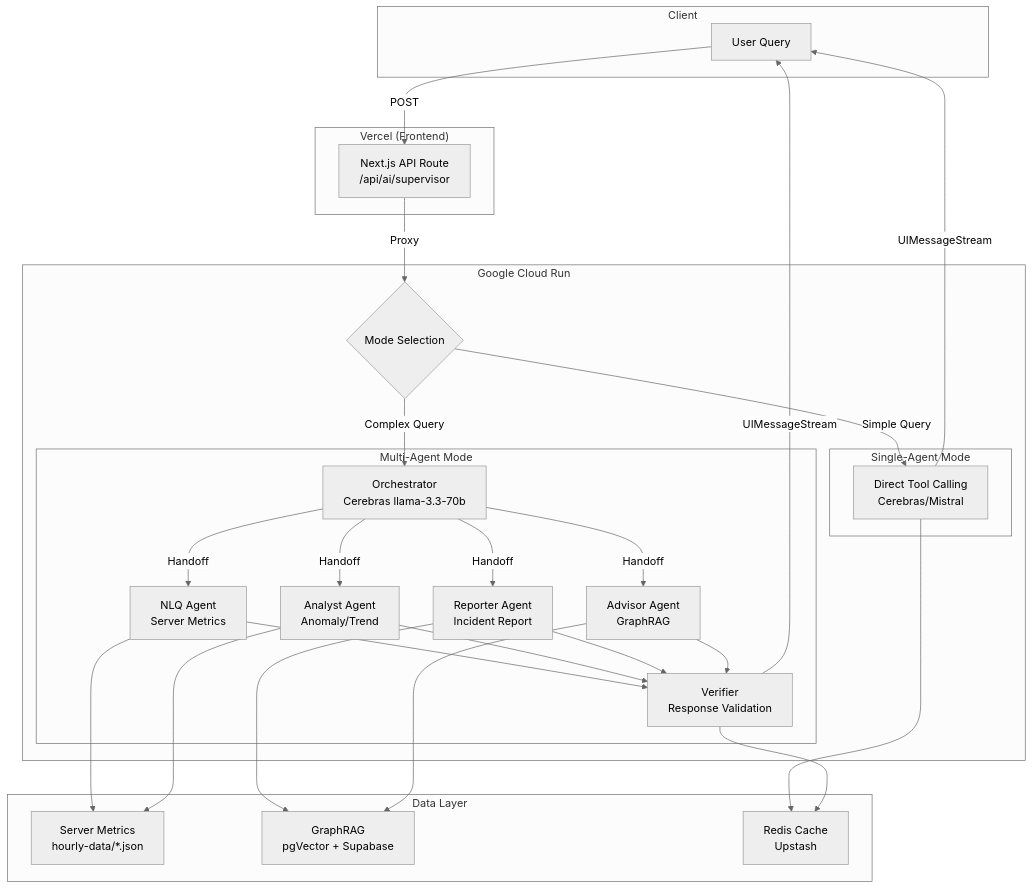
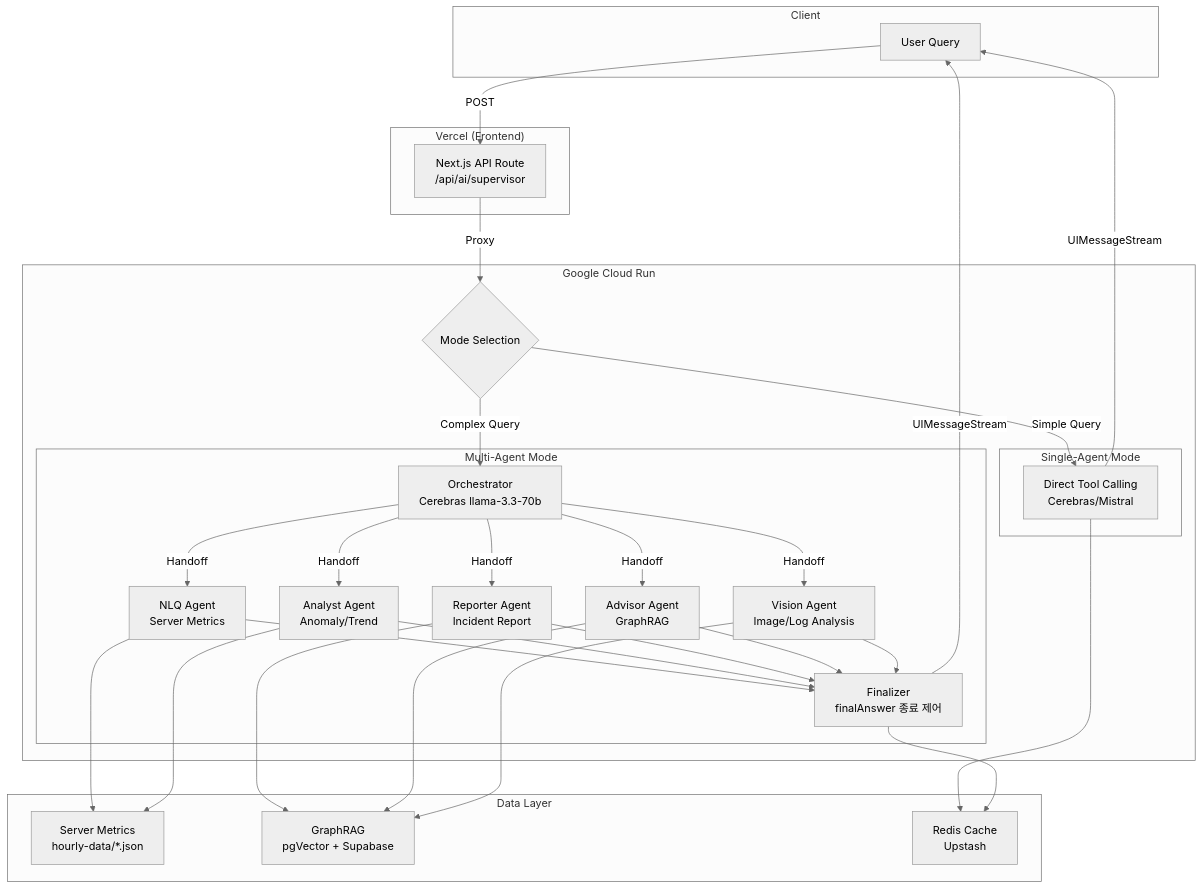
One commit to skyasu2/openmanager-ai changed the diagram in docs/reference/architecture/ai/ai-engine-architecture.md. Above: the diagram before and after it, drawn with Mermaid (neutral theme). The commit also changed other lines of this file and 37 other files, not shown here.

````diff
--- a/docs/reference/architecture/ai/ai-engine-architecture.md
+++ b/docs/reference/architecture/ai/ai-engine-architecture.md
@@ -394,59 +398,63 @@
 ```mermaid
 graph TD
     subgraph Client
         User["User Query"]
     end
 
     subgraph Vercel["Vercel (Frontend)"]
         API["Next.js API Route<br/>/api/ai/supervisor"]
     end
 
     subgraph CloudRun["Google Cloud Run"]
         ModeSelect{"Mode Selection"}
 
         subgraph SingleMode["Single-Agent Mode"]
             SingleAgent["Direct Tool Calling<br/>Cerebras/Mistral"]
         end
 
         subgraph MultiMode["Multi-Agent Mode"]
             Orchestrator["Orchestrator<br/>Cerebras llama-3.3-70b"]
             NLQ["NLQ Agent<br/>Server Metrics"]
             Analyst["Analyst Agent<br/>Anomaly/Trend"]
             Reporter["Reporter Agent<br/>Incident Report"]
             Advisor["Advisor Agent<br/>GraphRAG"]
-            Verifier["Verifier<br/>Response Validation"]
+            Vision["Vision Agent<br/>Image/Log Analysis"]
+            Finalizer["Finalizer<br/>finalAnswer 종료 제어"]
         end
     end
 
     subgraph DataLayer["Data Layer"]
         Metrics["Server Metrics<br/>hourly-data/*.json"]
         RAG["GraphRAG<br/>pgVector + Supabase"]
         Cache["Redis Cache<br/>Upstash"]
     end
 
     User -->|POST| API
     API -->|Proxy| ModeSelect
     ModeSelect -->|Simple Query| SingleAgent
     ModeSelect -->|Complex Query| Orchestrator
 
     Orchestrator -->|Handoff| NLQ
     Orchestrator -->|Handoff| Analyst
     Orchestrator -->|Handoff| Reporter
     Orchestrator -->|Handoff| Advisor
+    Orchestrator -->|Handoff| Vision
 
     NLQ --> Metrics
     Analyst --> Metrics
     Reporter --> RAG
     Advisor --> RAG
+    Vision --> RAG
 
-    NLQ --> Verifier
-    Analyst --> Verifier
-    Reporter --> Verifier
-    Advisor --> Verifier
+    NLQ --> Finalizer
+    Analyst --> Finalizer
+    Reporter --> Finalizer
+    Advisor --> Finalizer
+    Vision --> Finalizer
 
     SingleAgent --> Cache
-    Verifier --> Cache
+    Finalizer --> Cache
 
     SingleAgent -->|UIMessageStream| User
-    Verifier -->|UIMessageStream| User
+    Finalizer -->|UIMessageStream| User
 ```
````
